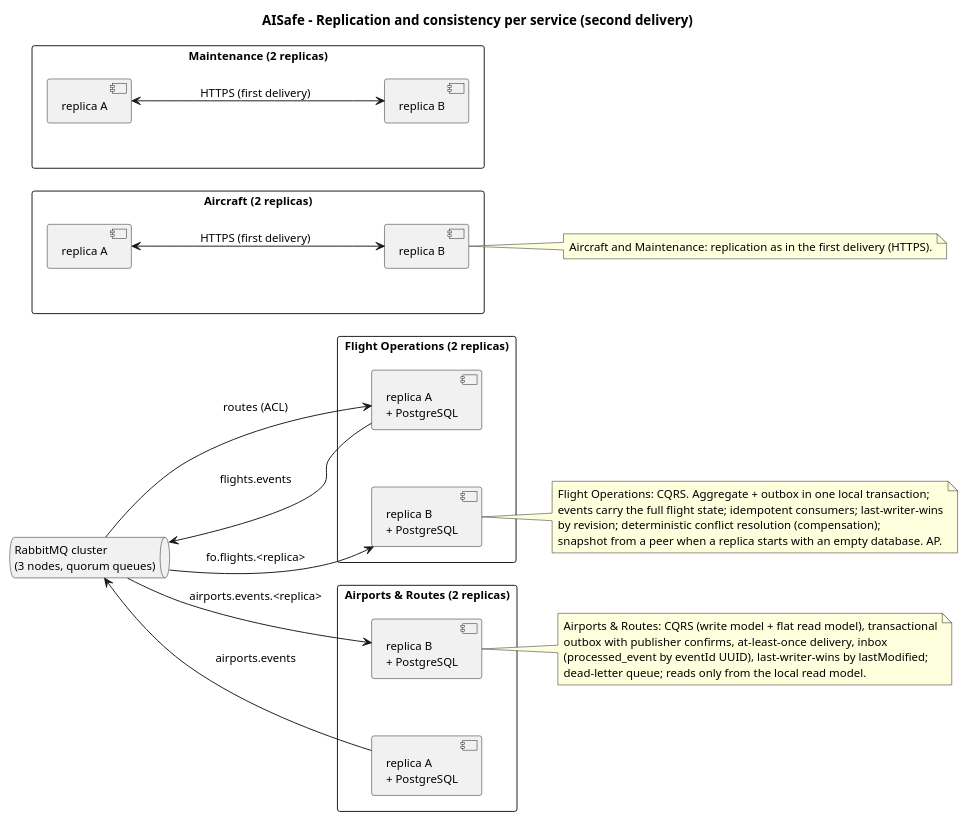
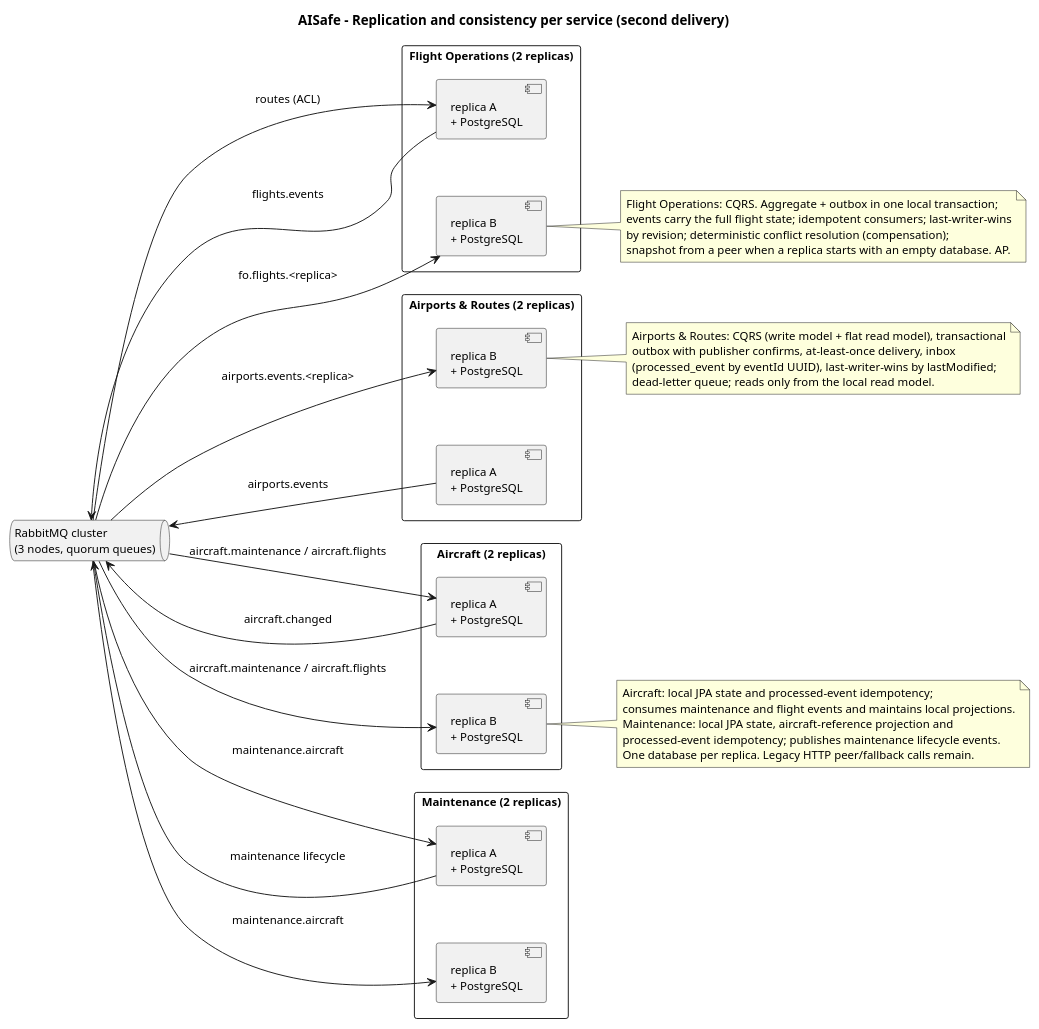
The diagram in docs/SIDIS/E2/replication-overview-E2.puml (anamartasilvaa/SIDIG_AI_Safe), drawn with PlantUML before and after one commit. The commit also changed 4 other files, not shown here.

Commit message:
update project diagrams

```diff
--- a/docs/SIDIS/E2/replication-overview-E2.puml
+++ b/docs/SIDIS/E2/replication-overview-E2.puml
@@ -1,52 +1,60 @@
 @startuml replication-overview-p2
 title AISafe - Replication and consistency per service (second delivery)
 skinparam shadowing false
 skinparam defaultFontSize 12
 skinparam packageStyle rectangle
 skinparam nodesep 60
 skinparam ranksep 40
 left to right direction
 
 queue "RabbitMQ cluster\n(3 nodes, quorum queues)" as MQ
 
 rectangle "Flight Operations (2 replicas)" as FO {
   component "replica A\n+ PostgreSQL" as FA
   component "replica B\n+ PostgreSQL" as FB
 }
 rectangle "Airports & Routes (2 replicas)" as AR {
   component "replica A\n+ PostgreSQL" as RA
   component "replica B\n+ PostgreSQL" as RB
 }
 rectangle "Aircraft (2 replicas)" as AC {
-  component "replica A" as CA
-  component "replica B" as CB
+  component "replica A\n+ PostgreSQL" as CA
+  component "replica B\n+ PostgreSQL" as CB
 }
 rectangle "Maintenance (2 replicas)" as MT {
-  component "replica A" as MA
-  component "replica B" as MB
+  component "replica A\n+ PostgreSQL" as MA
+  component "replica B\n+ PostgreSQL" as MB
 }
 
 FA --> MQ : flights.events
 MQ --> FB : fo.flights.<replica>
 RA --> MQ : airports.events
 MQ --> RB : airports.events.<replica>
 MQ --> FA : routes (ACL)
-CA <--> CB : HTTPS (first delivery)
-MA <--> MB : HTTPS (first delivery)
+CA --> MQ : aircraft.changed
+MQ --> CB : aircraft.maintenance / aircraft.flights
+MQ --> CA : aircraft.maintenance / aircraft.flights
+MA --> MQ : maintenance lifecycle
+MQ --> MB : maintenance.aircraft
+MQ --> MA : maintenance.aircraft
 
 note right of FB
   Flight Operations: CQRS. Aggregate + outbox in one local transaction;
   events carry the full flight state; idempotent consumers; last-writer-wins
   by revision; deterministic conflict resolution (compensation);
   snapshot from a peer when a replica starts with an empty database. AP.
 end note
 note right of RB
   Airports & Routes: CQRS (write model + flat read model), transactional
   outbox with publisher confirms, at-least-once delivery, inbox
   (processed_event by eventId UUID), last-writer-wins by lastModified;
   dead-letter queue; reads only from the local read model.
 end note
 note right of CB
-  Aircraft and Maintenance: replication as in the first delivery (HTTPS).
+  Aircraft: local JPA state and processed-event idempotency;
+  consumes maintenance and flight events and maintains local projections.
+  Maintenance: local JPA state, aircraft-reference projection and
+  processed-event idempotency; publishes maintenance lifecycle events.
+  One database per replica. Legacy HTTP peer/fallback calls remain.
 end note
 @enduml
```
